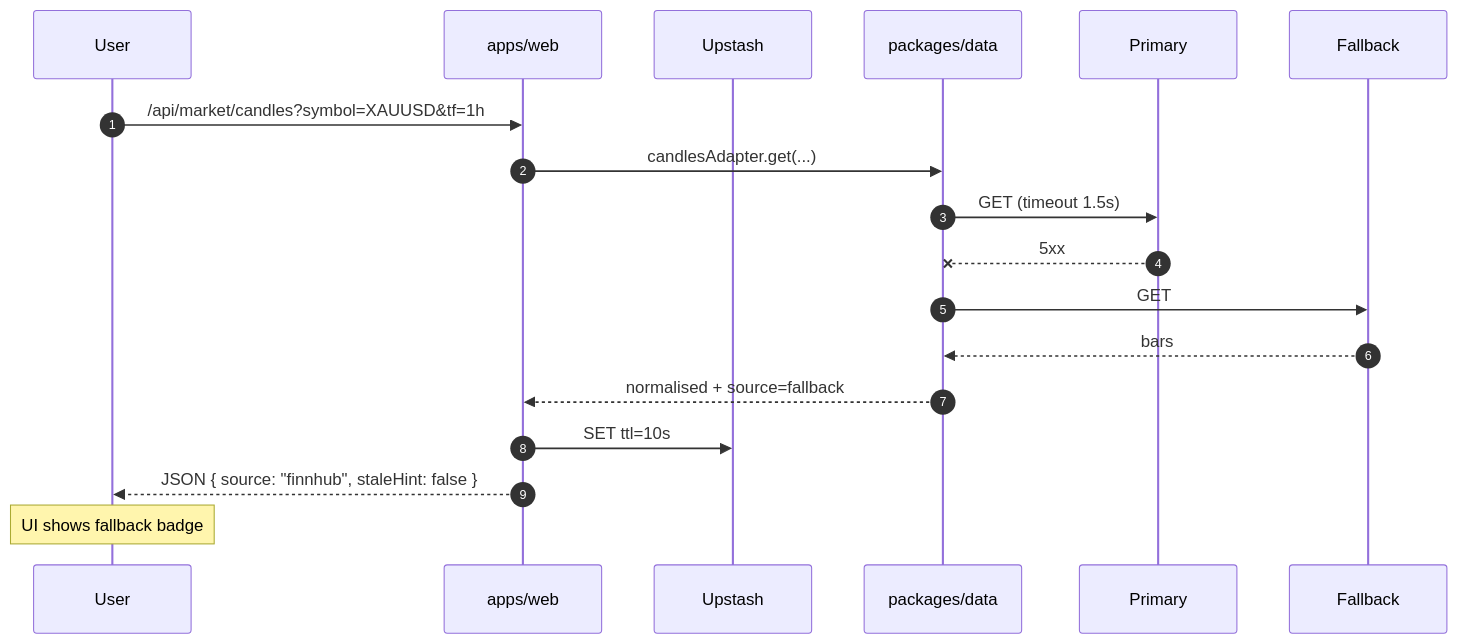
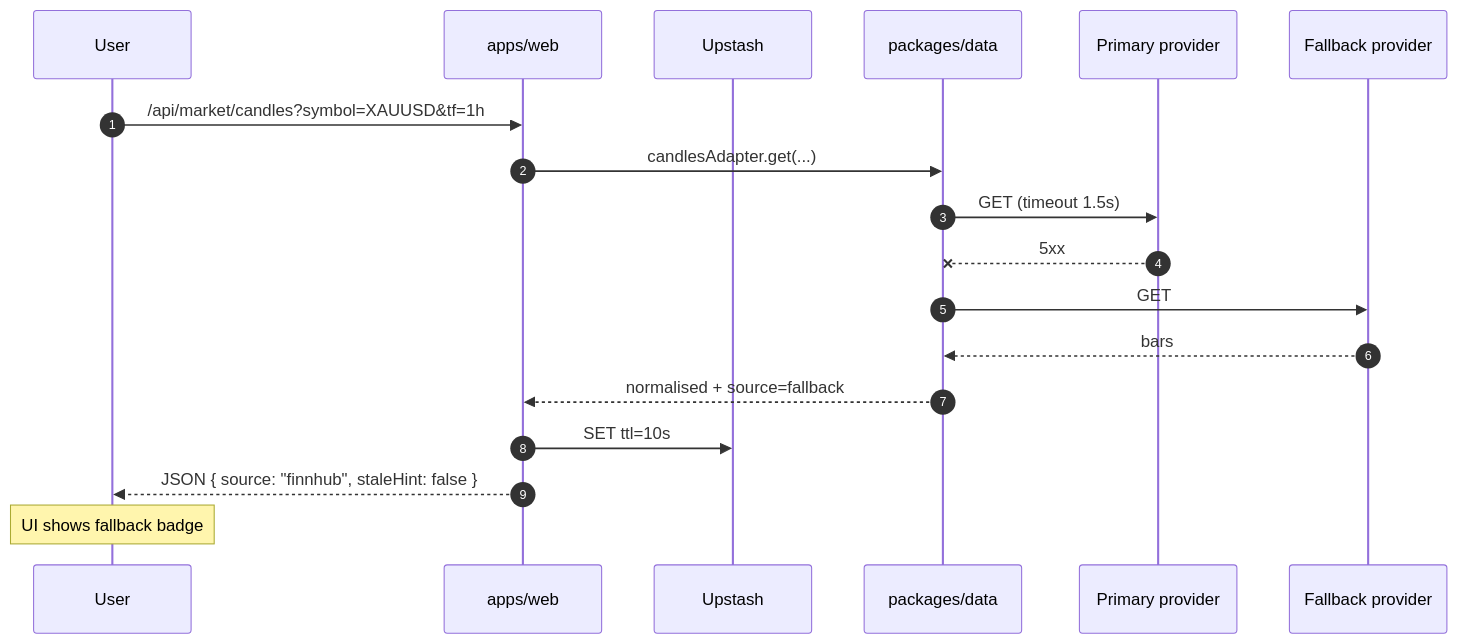
The tenth of 10 diagrams in docs/13-data-flow.md (HamaFx/HamaFX-Ai), drawn with Mermaid before and after one commit. The commit also changed other lines of this file and 17 other files, not shown here.

````diff
--- a/docs/13-data-flow.md
+++ b/docs/13-data-flow.md
@@ -246,21 +252,21 @@
 ```mermaid
 sequenceDiagram
     autonumber
     participant U as User
     participant W as apps/web
     participant R as Upstash
     participant DA as packages/data
-    participant P1 as Primary
-    participant P2 as Fallback
+    participant P1 as Primary provider
+    participant P2 as Fallback provider
 
     U->>W: /api/market/candles?symbol=XAUUSD&tf=1h
     W->>DA: candlesAdapter.get(...)
     DA->>P1: GET (timeout 1.5s)
     P1--xDA: 5xx
     DA->>P2: GET
     P2-->>DA: bars
     DA-->>W: normalised + source=fallback
     W->>R: SET ttl=10s
     W-->>U: JSON { source: "finnhub", staleHint: false }
     Note over U: UI shows fallback badge
 ```
````
